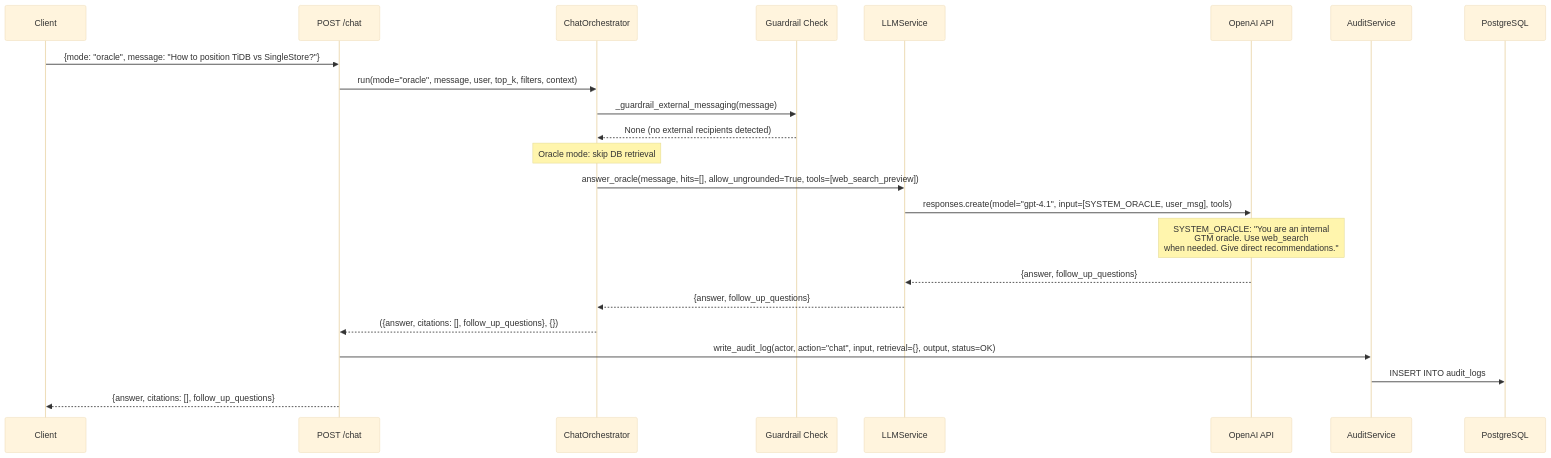
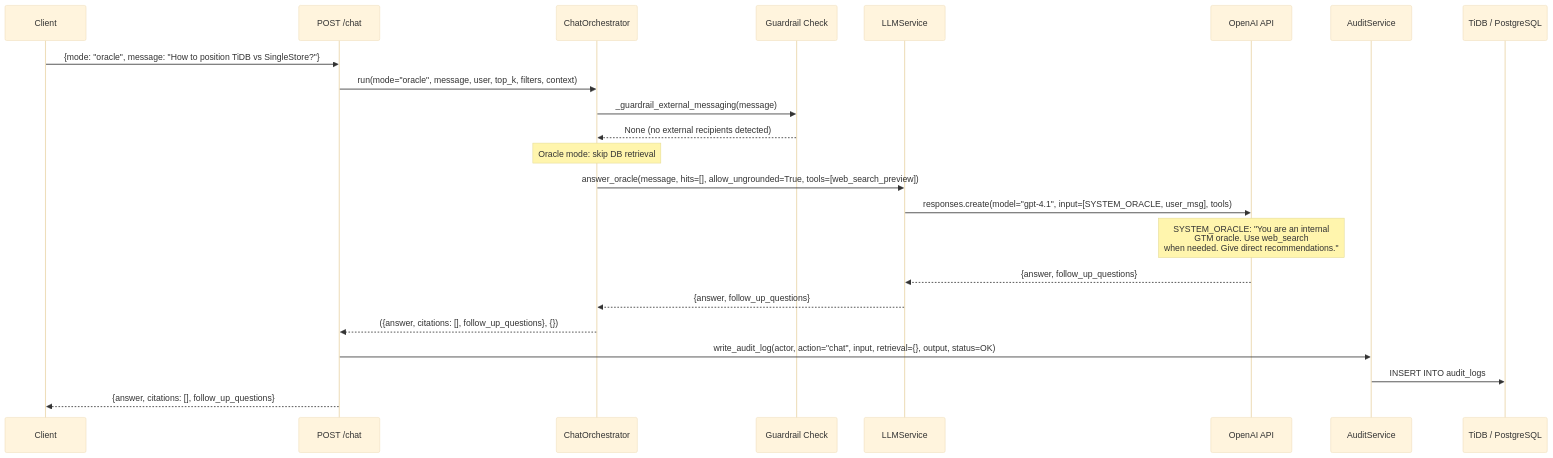
The second of 9 diagrams in README.md (stephenlthorn/gtm-copilot-oss), drawn with Mermaid (base theme) before and after one commit. The commit also changed other lines of this file, not shown here.

First line of the commit message:
docs: fix diagrams to reflect actual dual-database architecture (TiDB + PostgreSQL)

````diff
--- a/README.md
+++ b/README.md
@@ -129,32 +124,32 @@
 ```mermaid
 sequenceDiagram
     participant C as Client
     participant R as POST /chat
     participant O as ChatOrchestrator
     participant G as Guardrail Check
     participant L as LLMService
     participant AI as OpenAI API
     participant A as AuditService
-    participant DB as PostgreSQL
+    participant DB as TiDB / PostgreSQL
 
     C->>R: {mode: "oracle", message: "How to position TiDB vs SingleStore?"}
     R->>O: run(mode="oracle", message, user, top_k, filters, context)
     O->>G: _guardrail_external_messaging(message)
     G-->>O: None (no external recipients detected)
 
     Note over O: Oracle mode: skip DB retrieval
 
     O->>L: answer_oracle(message, hits=[], allow_ungrounded=True, tools=[web_search_preview])
     L->>AI: responses.create(model="gpt-4.1", input=[SYSTEM_ORACLE, user_msg], tools)
 
     Note over AI: SYSTEM_ORACLE: "You are an internal<br/>GTM oracle. Use web_search<br/>when needed. Give direct recommendations."
 
     AI-->>L: {answer, follow_up_questions}
     L-->>O: {answer, follow_up_questions}
     O-->>R: ({answer, citations: [], follow_up_questions}, {})
 
     R->>A: write_audit_log(actor, action="chat", input, retrieval={}, output, status=OK)
     A->>DB: INSERT INTO audit_logs
 
     R-->>C: {answer, citations: [], follow_up_questions}
 ```
````
